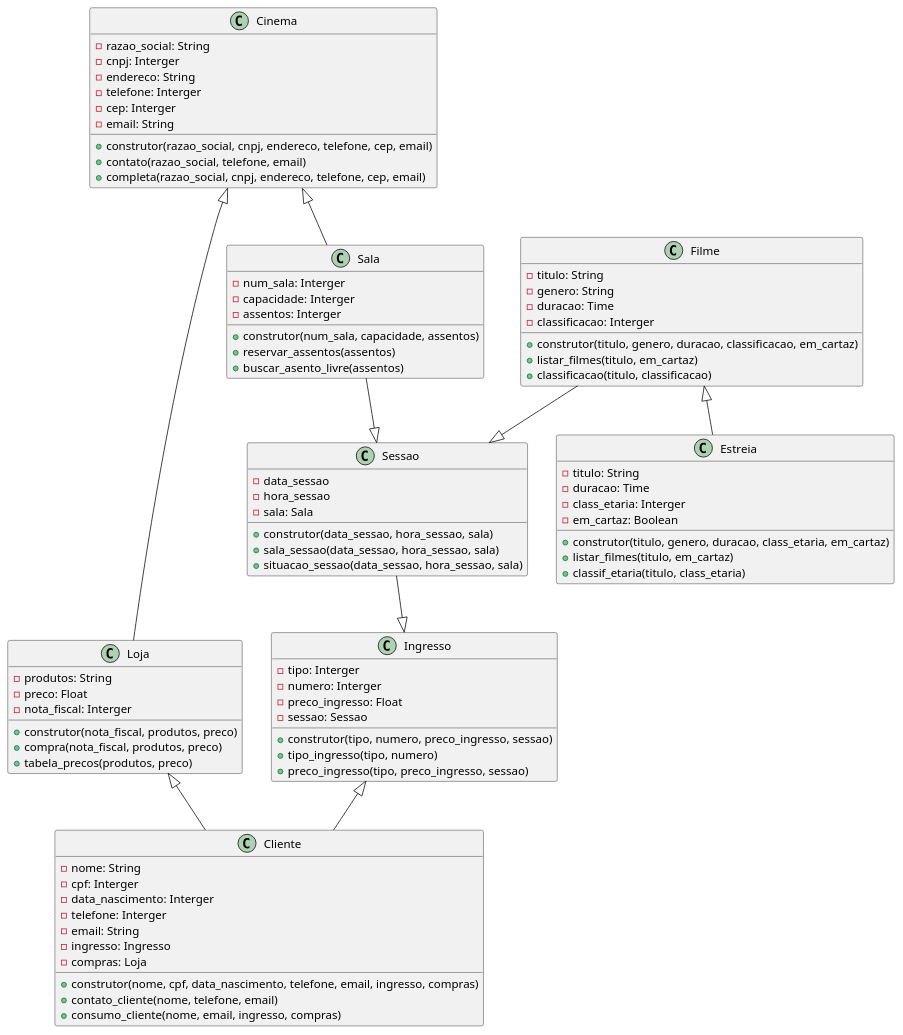
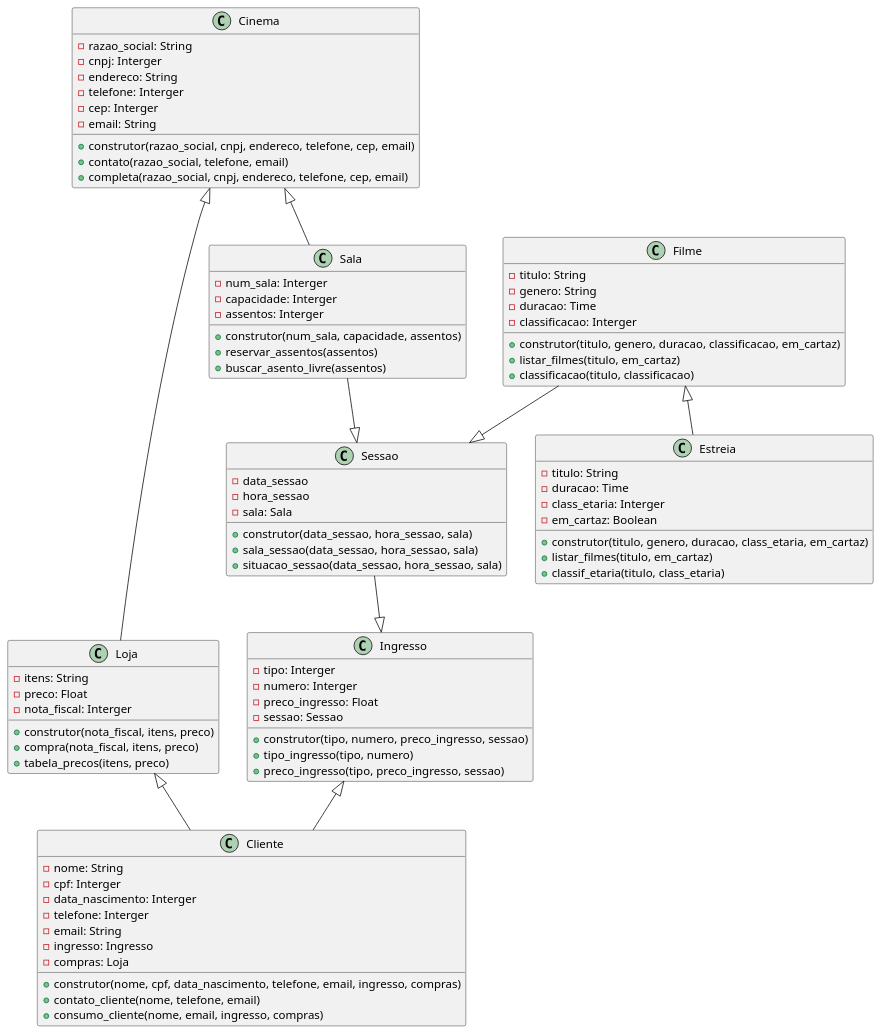
The diagram in cinema_grupo1.plantuml (anleaes/2023-1-N1-POO-01), drawn with PlantUML before and after one commit.

```diff
--- a/cinema_grupo1.plantuml
+++ b/cinema_grupo1.plantuml
@@ -1,93 +1,93 @@
 @startuml Diagrama Herança Cinema - Grupo 1
 class Cinema{
     - razao_social: String
     - cnpj: Interger 
     - endereco: String
     - telefone: Interger
     - cep: Interger
     - email: String
     + construtor(razao_social, cnpj, endereco, telefone, cep, email)
     + contato(razao_social, telefone, email)
     + completa(razao_social, cnpj, endereco, telefone, cep, email)
 }
 
 
 class Sala{
     - num_sala: Interger
     - capacidade: Interger
     - assentos: Interger
     + construtor(num_sala, capacidade, assentos)
     + reservar_assentos(assentos)
     + buscar_asento_livre(assentos)
 }
 
 class Sessao{
     - data_sessao
     - hora_sessao
     - sala: Sala
     + construtor(data_sessao, hora_sessao, sala)
     + sala_sessao(data_sessao, hora_sessao, sala)
     + situacao_sessao(data_sessao, hora_sessao, sala)      
 }
 
 class Loja{
-    - produtos: String
+    - itens: String
     - preco: Float
     - nota_fiscal: Interger
-    + construtor(nota_fiscal, produtos, preco)
-    + compra(nota_fiscal, produtos, preco)
-    + tabela_precos(produtos, preco)
+    + construtor(nota_fiscal, itens, preco)
+    + compra(nota_fiscal, itens, preco)
+    + tabela_precos(itens, preco)
 }
 
 class Ingresso{
     - tipo: Interger
     - numero: Interger
     - preco_ingresso: Float
     - sessao: Sessao
     + construtor(tipo, numero, preco_ingresso, sessao)
     + tipo_ingresso(tipo, numero)
     + preco_ingresso(tipo, preco_ingresso, sessao)
 }
 
 class Cliente{
     - nome: String
     - cpf: Interger
     - data_nascimento: Interger
     - telefone: Interger
     - email: String
     - ingresso: Ingresso
     - compras: Loja
     + construtor(nome, cpf, data_nascimento, telefone, email, ingresso, compras)
     + contato_cliente(nome, telefone, email)
     + consumo_cliente(nome, email, ingresso, compras)    
 }
 
 class Filme{
     - titulo: String
     - genero: String
     - duracao: Time
     - classificacao: Interger
     + construtor(titulo, genero, duracao, classificacao, em_cartaz)
     + listar_filmes(titulo, em_cartaz)
     + classificacao(titulo, classificacao)
 }
 
 class Estreia{
     - titulo: String
     - duracao: Time
     - class_etaria: Interger
     - em_cartaz: Boolean
     + construtor(titulo, genero, duracao, class_etaria, em_cartaz)
     + listar_filmes(titulo, em_cartaz)
     + classif_etaria(titulo, class_etaria)
 }
 
 Cinema <|-- Sala
 Sala --|> Sessao
 Filme --|> Sessao
 Filme <|-- Estreia
 Ingresso <|-- Cliente
 Cinema <|-- Loja
 Loja <|-- Cliente
 Sessao --|> Ingresso
 @enduml
```
